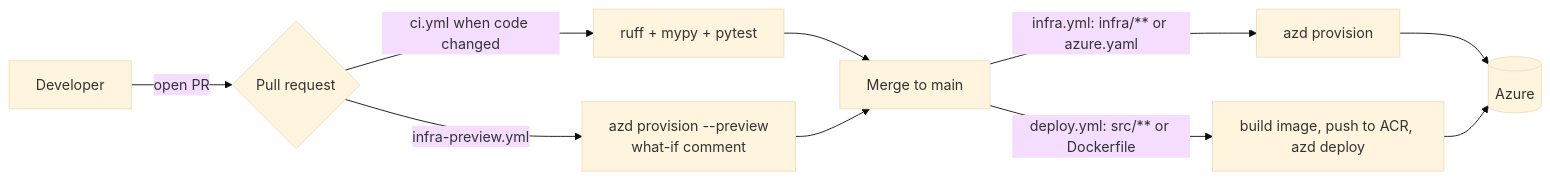
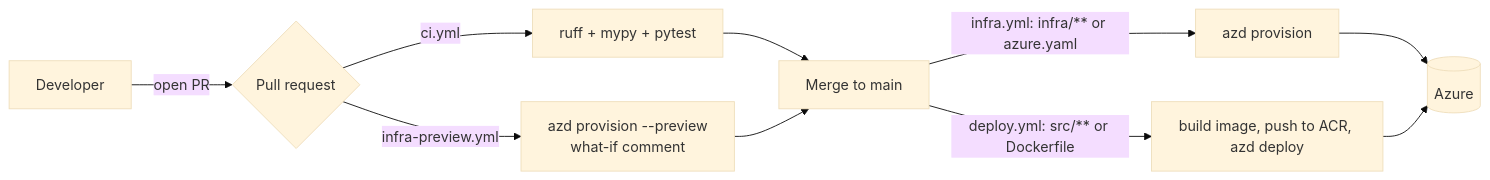
One commit to jluqueba/wodbuster-booking-scheduler changed the diagram in docs/assets/deployment.mmd. Above: the diagram before and after it, drawn with Mermaid (base theme). The commit also changed 4 other files, not shown here.

```diff
--- a/docs/assets/deployment.mmd
+++ b/docs/assets/deployment.mmd
@@ -1,10 +1,10 @@
 flowchart LR
     dev[Developer] -->|open PR| pr{Pull request}
-    pr -->|ci.yml when code changed| ci[ruff + mypy + pytest]
+    pr -->|ci.yml| ci[ruff + mypy + pytest]
     pr -->|infra-preview.yml| preview[azd provision --preview<br/>what-if comment]
     ci --> merge[Merge to main]
     preview --> merge
     merge -->|infra.yml: infra/** or azure.yaml| infra[azd provision]
     merge -->|deploy.yml: src/** or Dockerfile| deploy[build image, push to ACR, azd deploy]
     infra --> azure[(Azure)]
     deploy --> azure
```
